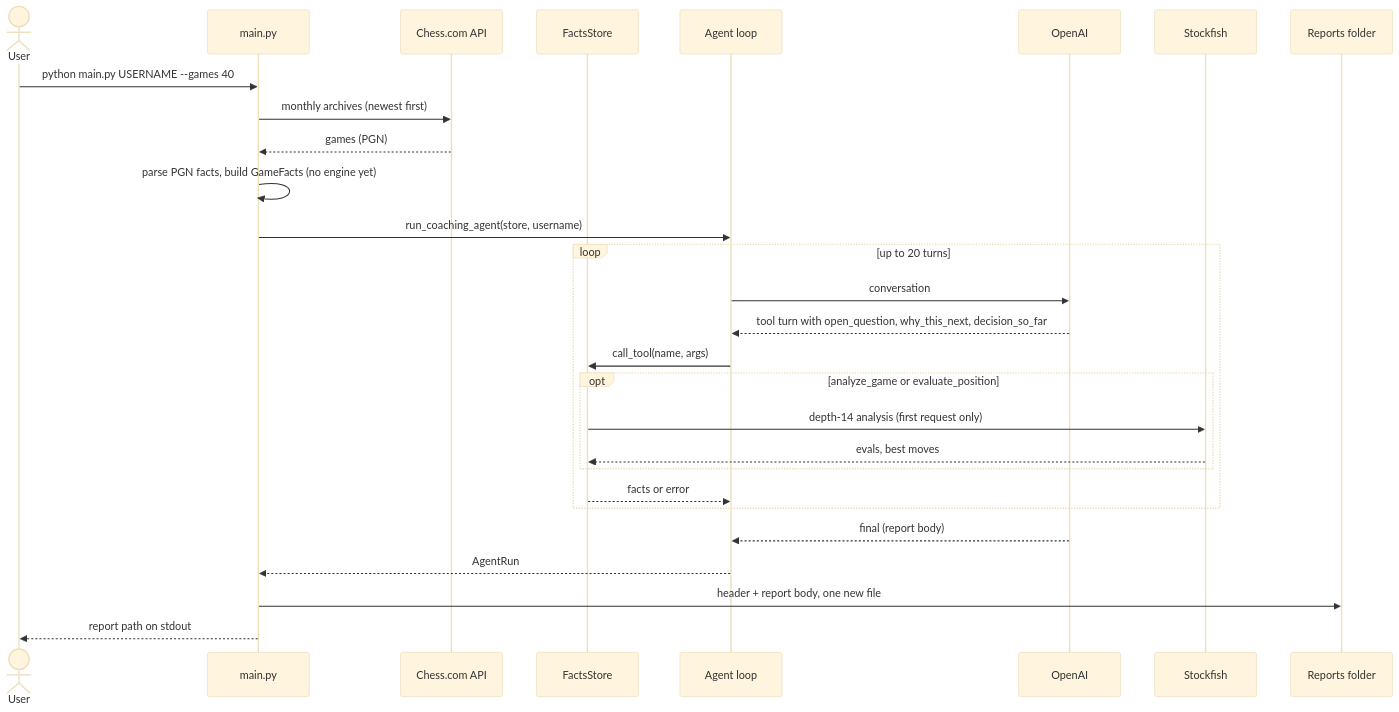
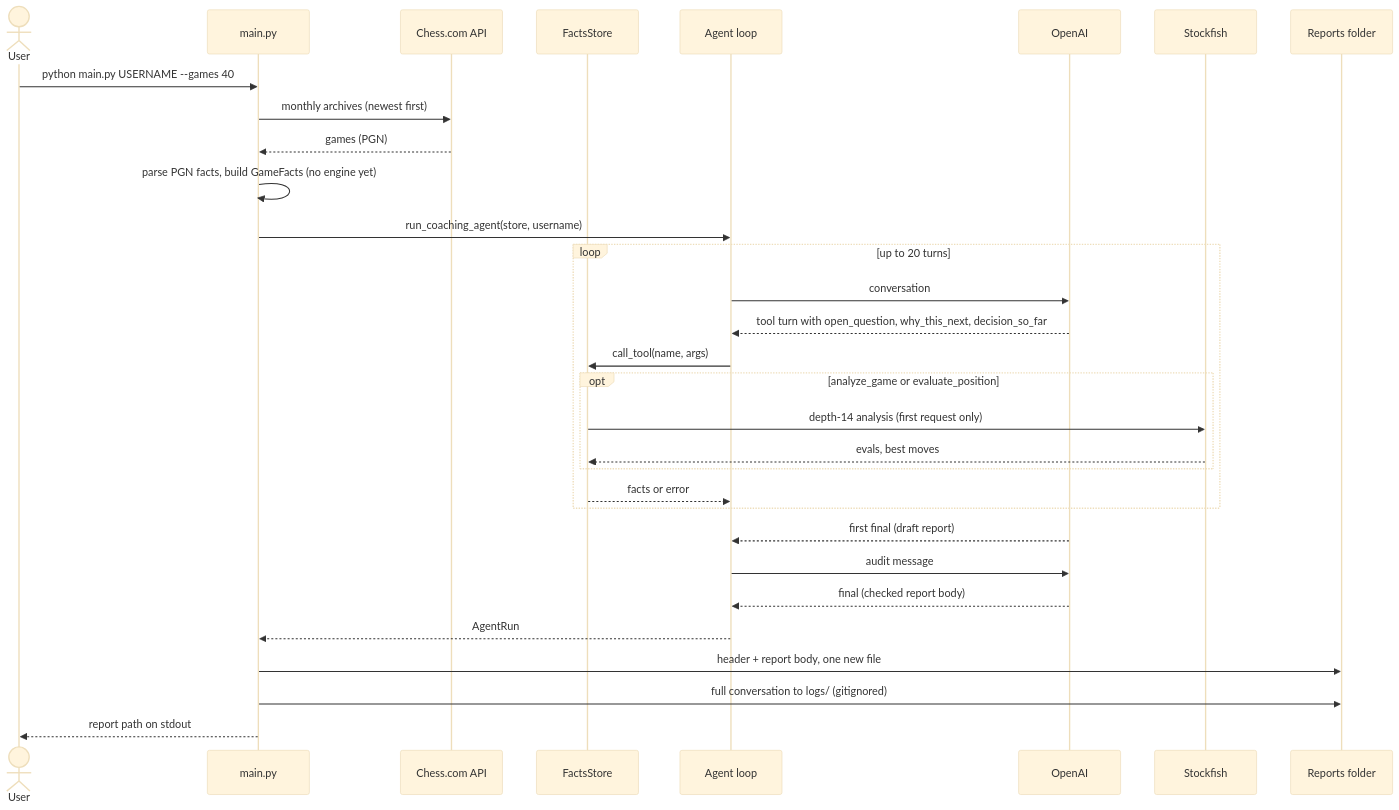
One commit to NoahVelez/chess-coach-agent changed the first of 3 diagrams in docs/data-flow.md. Above: the diagram before and after it, drawn with Mermaid (base theme). The commit also changed 8 other files, not shown here.

Commit message:
Default to gpt-5.4-mini, strengthen audit standards, docs and README for audit/transcripts; add sample report

````diff
--- a/docs/data-flow.md
+++ b/docs/data-flow.md
@@ -7,30 +7,33 @@
 ```mermaid
 sequenceDiagram
     actor User
     participant CLI as main.py
     participant CC as Chess.com API
     participant FS as FactsStore
     participant AG as Agent loop
     participant LLM as OpenAI
     participant SF as Stockfish
     participant FSYS as Reports folder
     User->>CLI: python main.py USERNAME --games 40
     CLI->>CC: monthly archives (newest first)
     CC-->>CLI: games (PGN)
     CLI->>CLI: parse PGN facts, build GameFacts (no engine yet)
     CLI->>AG: run_coaching_agent(store, username)
     loop up to 20 turns
         AG->>LLM: conversation
         LLM-->>AG: tool turn with open_question, why_this_next, decision_so_far
         AG->>FS: call_tool(name, args)
         opt analyze_game or evaluate_position
             FS->>SF: depth-14 analysis (first request only)
             SF-->>FS: evals, best moves
         end
         FS-->>AG: facts or error
     end
-    LLM-->>AG: final (report body)
+    LLM-->>AG: first final (draft report)
+    AG->>LLM: audit message
+    LLM-->>AG: final (checked report body)
     AG-->>CLI: AgentRun
     CLI->>FSYS: header + report body, one new file
+    CLI->>FSYS: full conversation to logs/ (gitignored)
     CLI-->>User: report path on stdout
 ```
````
